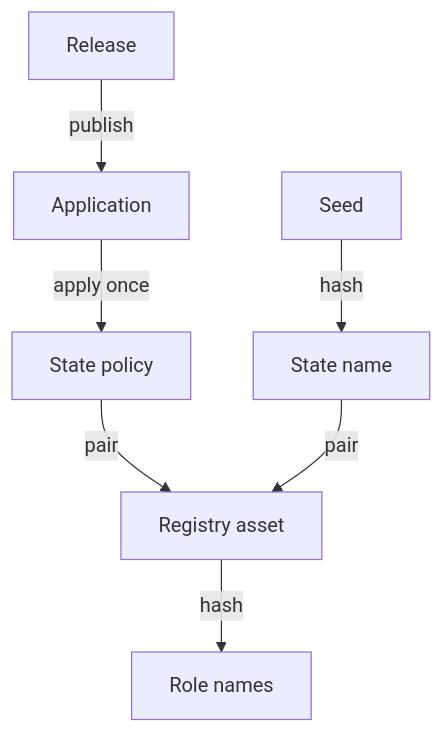
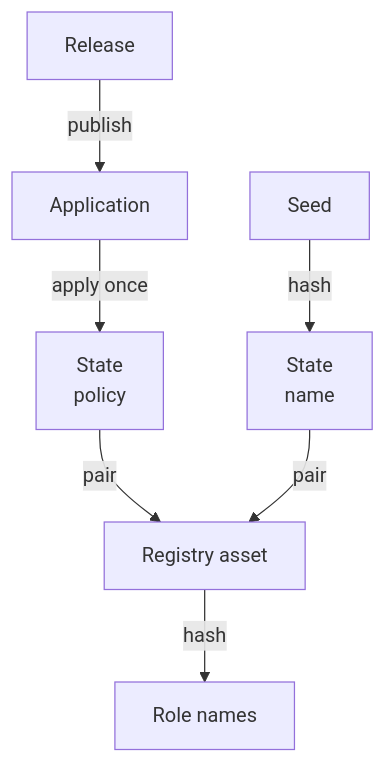
Before and after one commit to lambdasistemi/singular: the second of 2 diagrams in specs/741-no-pin-model/shared-request.md, drawn with Mermaid. The commit also changed 1 other file, not shown here.

Commit message:
docs: wrap state identity labels at natural size
Wrap the state policy and state name labels so the dependency diagram fits the phone reading column without reducing its font. The prose, signatures and source bindings are unchanged.

````diff
--- a/specs/741-no-pin-model/shared-request.md
+++ b/specs/741-no-pin-model/shared-request.md
@@ -81,9 +81,9 @@
 ```mermaid
 flowchart TD
   Published[Release] -->|publish| App[Application]
-  App -->|apply once| Policy[State policy]
-  Seed[Seed] -->|hash| Name[State name]
+  App -->|apply once| Policy["State<br/>policy"]
+  Seed[Seed] -->|hash| Name["State<br/>name"]
   Policy -->|pair| Registry[Registry asset]
   Name -->|pair| Registry
   Registry -->|hash| Assets[Role names]
 ```
````
